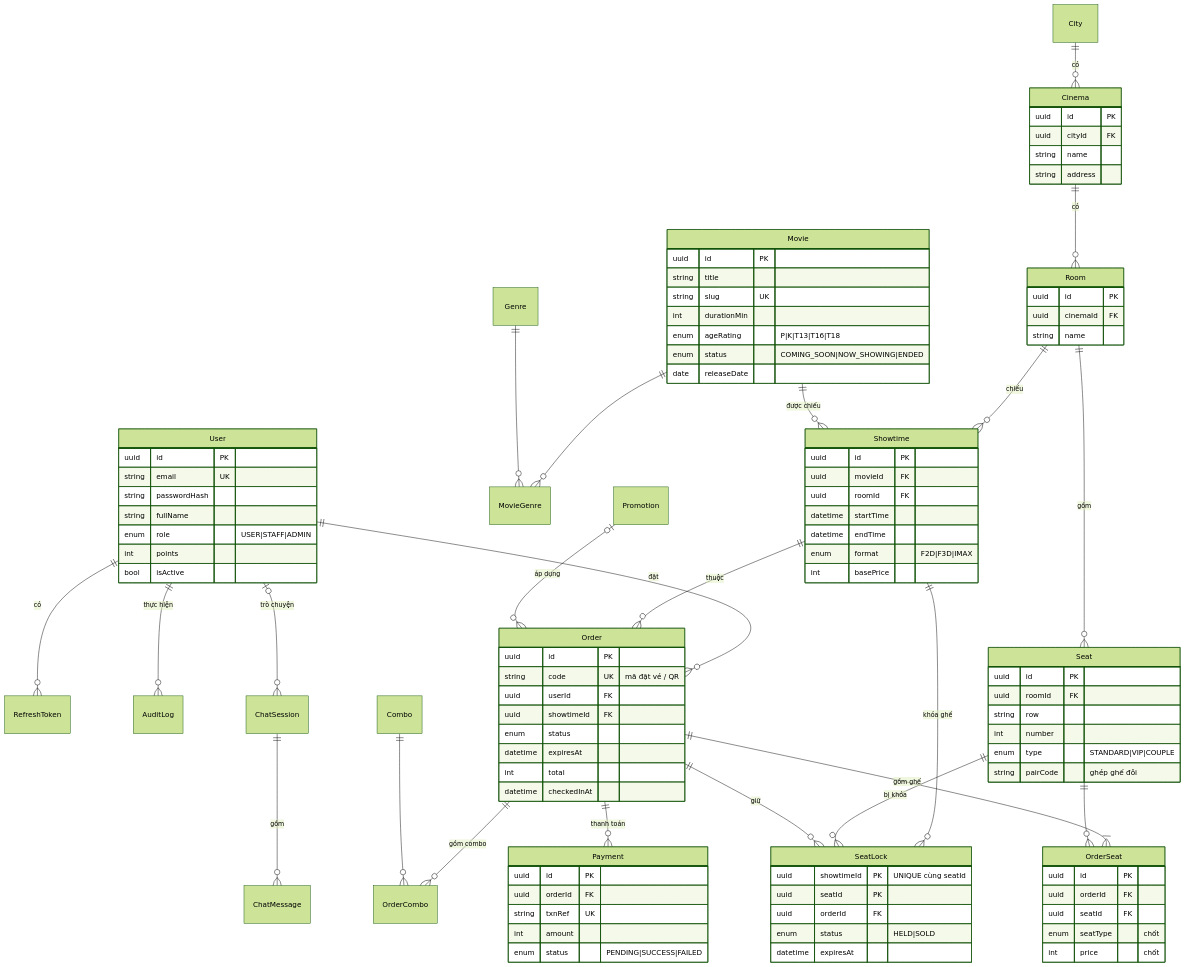
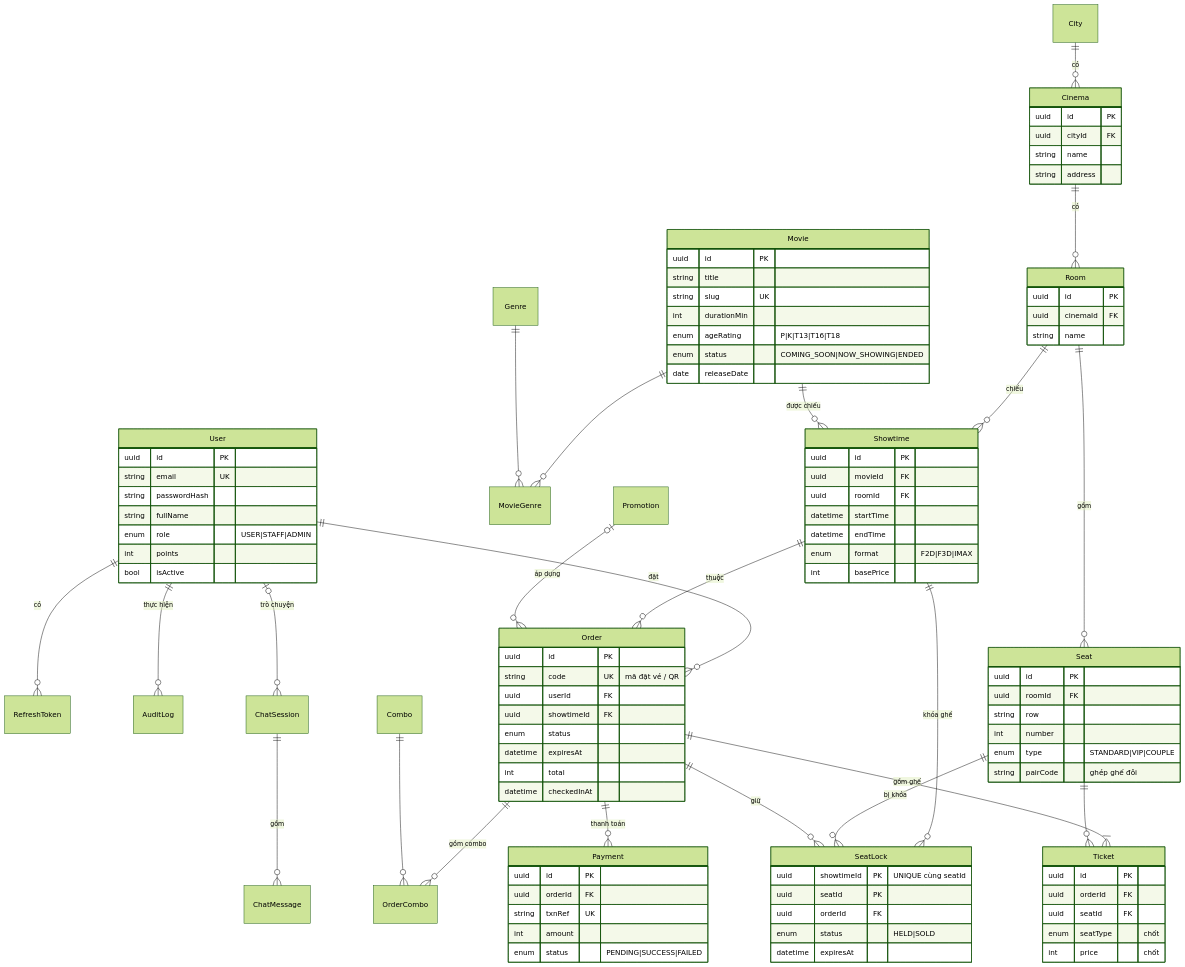
Before and after one commit to khuongkhuongkhuong/Cinemind: the first of 2 diagrams in docs/03-database.md, drawn with Mermaid (forest theme). The commit also changed other lines of this file and 19 other files, not shown here.

First line of the commit message:
refactor(be): đổi tên bảng OrderSeat -> Ticket (PR 8/8)

```diff
--- a/docs/03-database.md
+++ b/docs/03-database.md
@@ -89,8 +89,8 @@
     Showtime ||--o{ SeatLock : "khóa ghế"
     Seat ||--o{ SeatLock : "bị khóa"
     Order ||--o{ SeatLock : "giữ"
-    Order ||--|{ OrderSeat : "gồm ghế"
-    Seat ||--o{ OrderSeat : ""
+    Order ||--|{ Ticket : "gồm ghế"
+    Seat ||--o{ Ticket : ""
     Order ||--o{ OrderCombo : "gồm combo"
     Combo ||--o{ OrderCombo : ""
     Promotion |o--o{ Order : "áp dụng"
@@ -154,7 +154,7 @@
         int total
         datetime checkedInAt
     }
-    OrderSeat {
+    Ticket {
         uuid id PK
         uuid orderId FK
         uuid seatId FK
```
